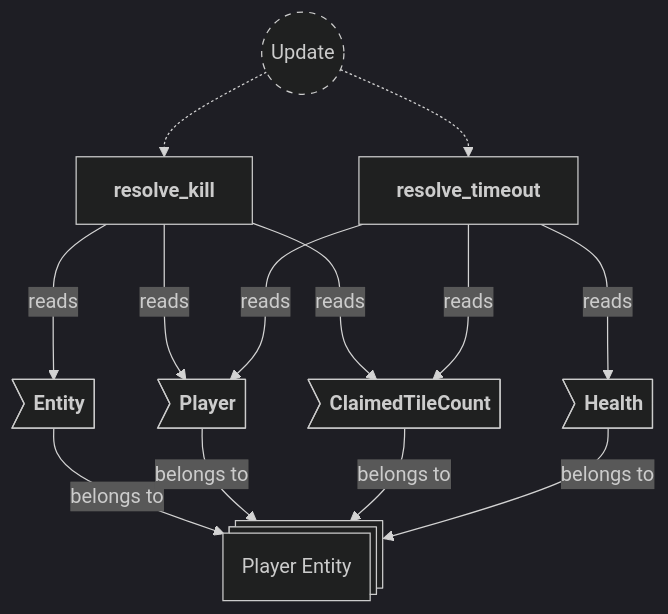
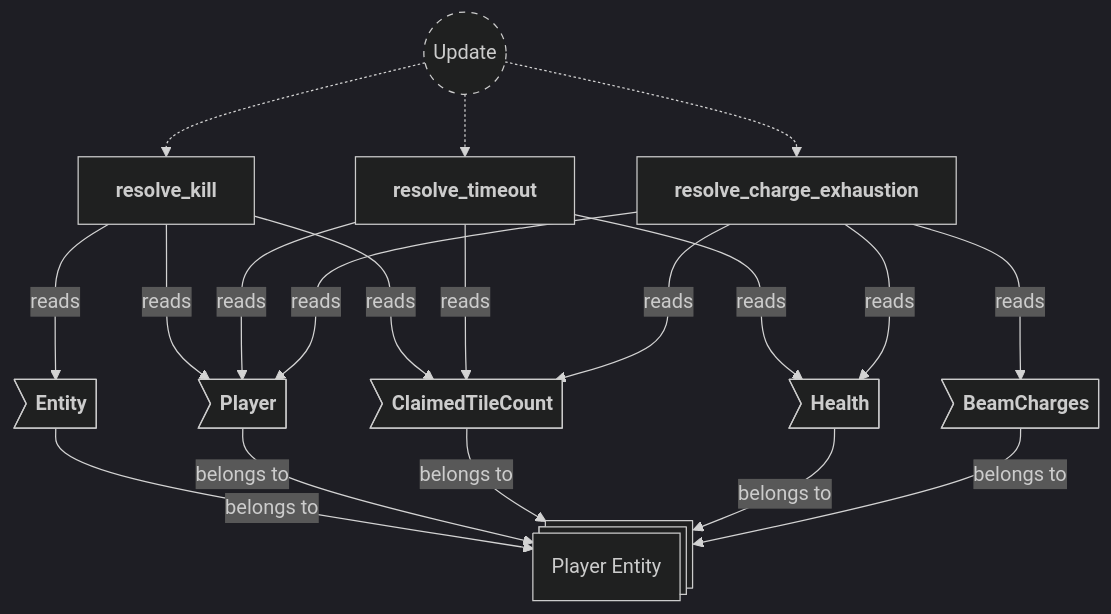
Before and after one commit to neurosoup/tyled: the fourth of 9 diagrams in backlog/docs/doc-15 - 013-Round-plugin.md, drawn with Mermaid. The commit also changed other lines of this file and 1 other file, not shown here.

First line of the commit message:
Feat: end round on charge exhaustion with winner-by-standing resolution

````diff
--- a/backlog/docs/doc-15 - 013-Round-plugin.md
+++ b/backlog/docs/doc-15 - 013-Round-plugin.md
@@ -212,30 +229,37 @@
 ```mermaid
 ---
 config:
   theme: dark
 ---
 
 flowchart TD
 classDef system-group stroke-dasharray: 5 5
 
 update(("`Update`")):::system-group
 resolve_kill["`**resolve_kill**`"]
 resolve_timeout["`**resolve_timeout**`"]
+resolve_charge_exhaustion["`**resolve_charge_exhaustion**`"]
 
 update -.-> resolve_kill
 update -.-> resolve_timeout
+update -.-> resolve_charge_exhaustion
 
 player_entity@{ shape: st-rect, label: "Player Entity" }
 
 pe_entity>"`**Entity**`"] --> |belongs to| player_entity
 pe_player>"`**Player**`"] --> |belongs to| player_entity
 pe_count>"`**ClaimedTileCount**`"] --> |belongs to| player_entity
 pe_health>"`**Health**`"] --> |belongs to| player_entity
+pe_charges>"`**BeamCharges**`"] --> |belongs to| player_entity
 
 resolve_kill ---> |reads| pe_entity
 resolve_kill ---> |reads| pe_player
 resolve_kill ---> |reads| pe_count
 resolve_timeout ---> |reads| pe_player
 resolve_timeout ---> |reads| pe_count
 resolve_timeout ---> |reads| pe_health
+resolve_charge_exhaustion ---> |reads| pe_player
+resolve_charge_exhaustion ---> |reads| pe_count
+resolve_charge_exhaustion ---> |reads| pe_health
+resolve_charge_exhaustion ---> |reads| pe_charges
 ```
````
